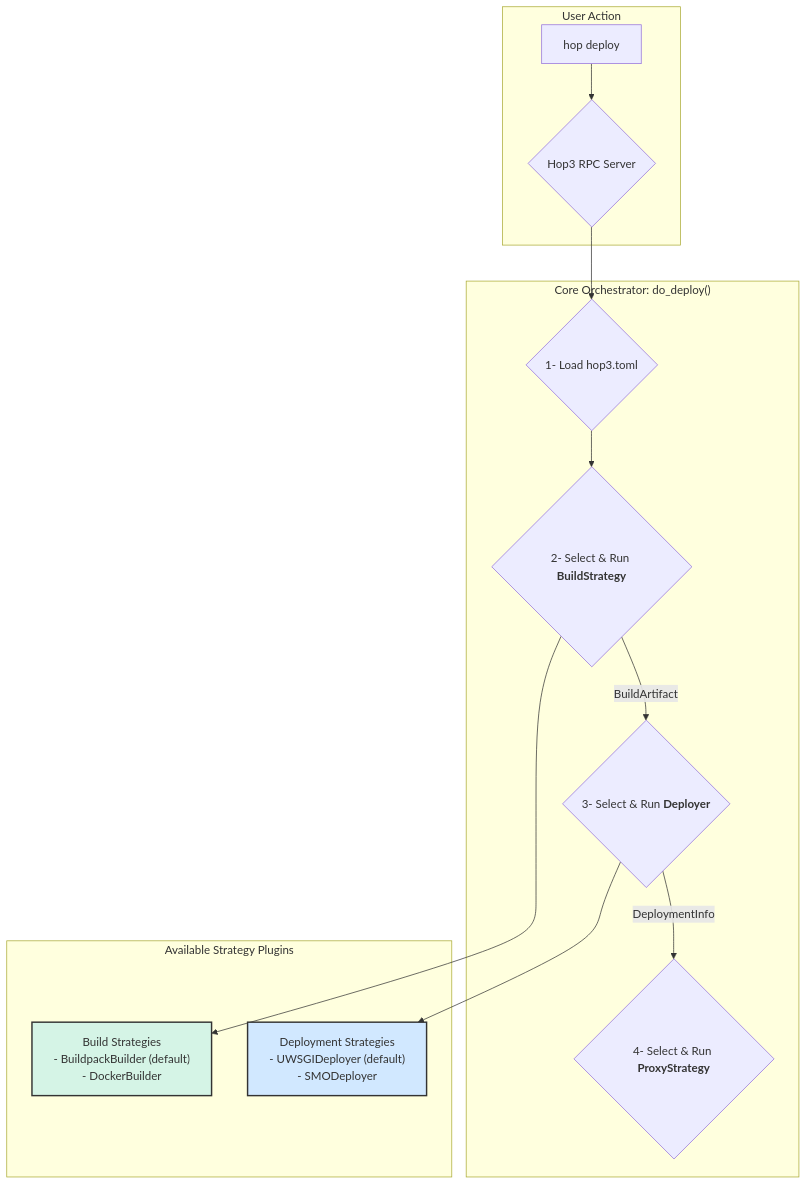
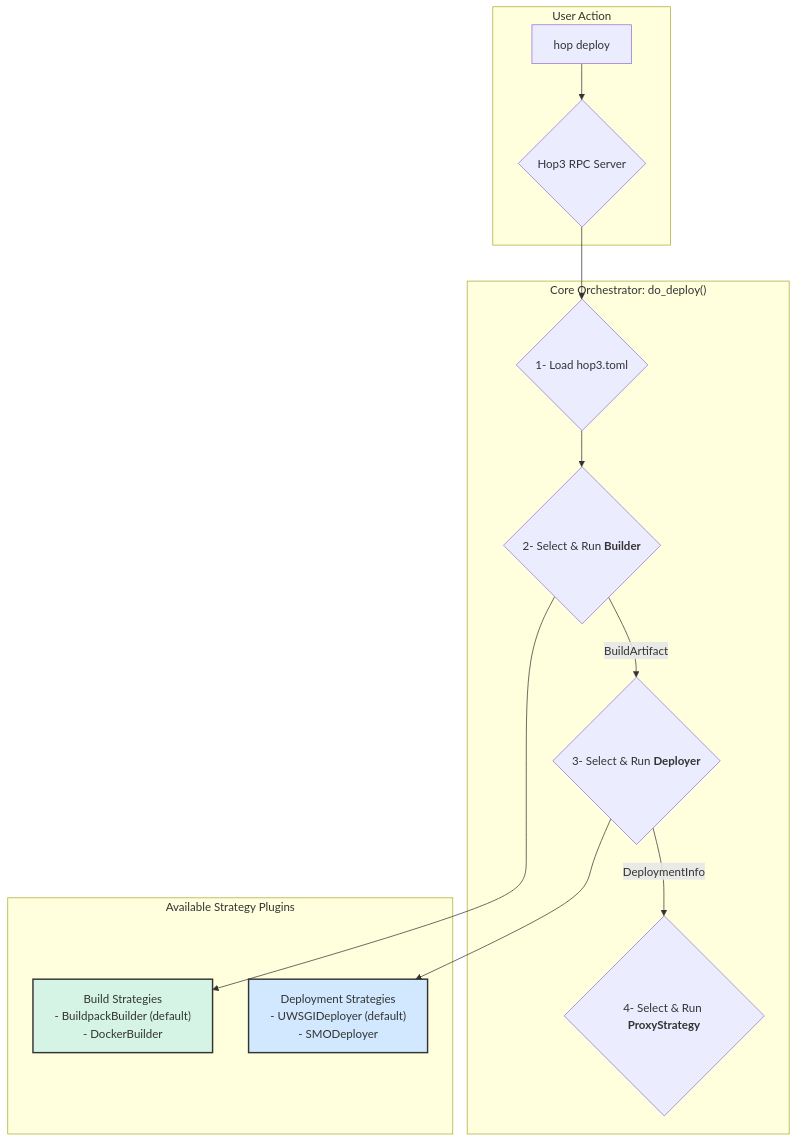
One commit to abilian/hop3 changed the diagram in notes/adrs/020-pluggable-architecture.md. Above: the diagram before and after it, drawn with Mermaid. The commit also changed other lines of this file and 14 other files, not shown here.

````diff
--- a/notes/adrs/020-pluggable-architecture.md
+++ b/notes/adrs/020-pluggable-architecture.md
@@ -69,25 +69,25 @@
 ```mermaid
 %%{init: { 'flowchart': {'useMaxWidth': true} }}%%
 graph TD
     subgraph "User Action"
         A[hop deploy <app>] --> B{Hop3 RPC Server};
     end
 
     subgraph "Core Orchestrator: do_deploy()"
         B --> C{1- Load hop3.toml};
-        C --> D{2- Select & Run <b>BuildStrategy</b>};
+        C --> D{2- Select & Run <b>Builder</b>};
         D -- BuildArtifact --> E{3- Select & Run <b>Deployer</b>};
         E -- DeploymentInfo --> F{4- Select & Run <b>ProxyStrategy</b>};
     end
 
     subgraph "Available Strategy Plugins"
         style BS fill:#D5F4E6,stroke:#333,stroke-width:2px
         style DS fill:#D1E8FF,stroke:#333,stroke-width:2px
 
         BS["Build Strategies<br>- BuildpackBuilder (default)<br>- DockerBuilder"]
         DS["Deployment Strategies<br>- UWSGIDeployer (default)<br>- SMODeployer"]
     end
 
     D --> BS;
     E --> DS;
 ```
````
